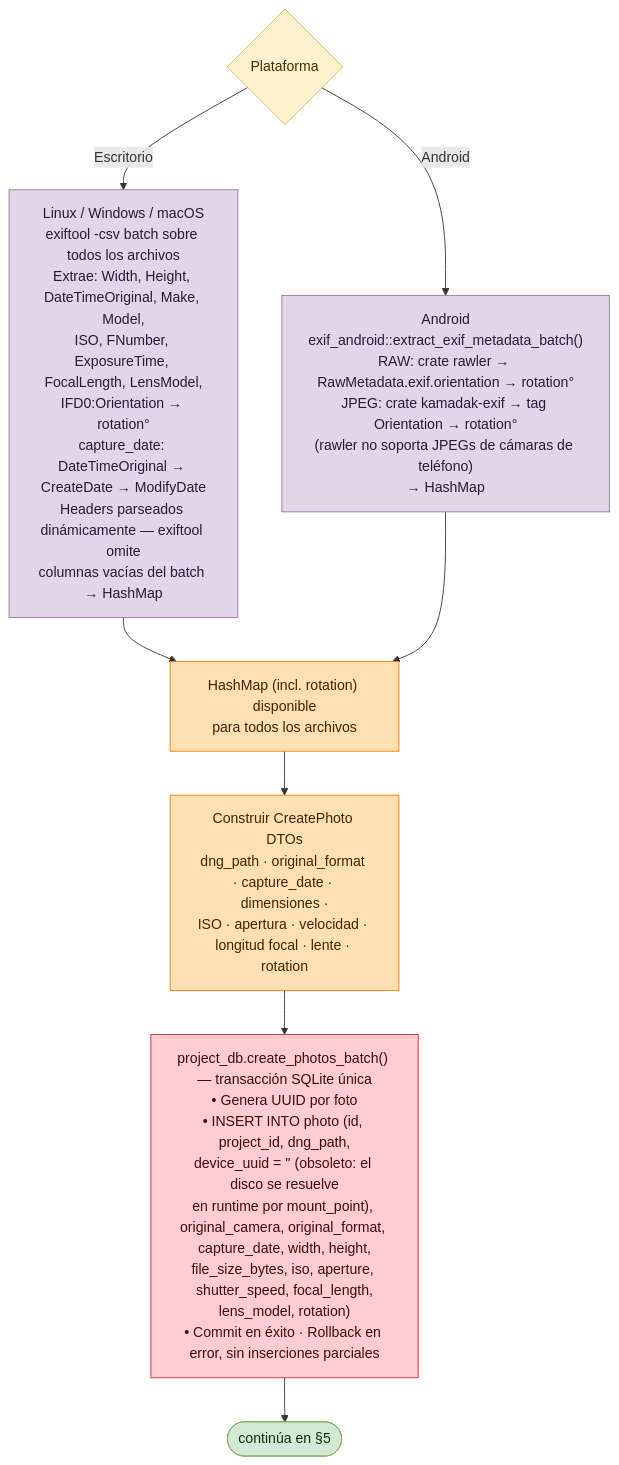
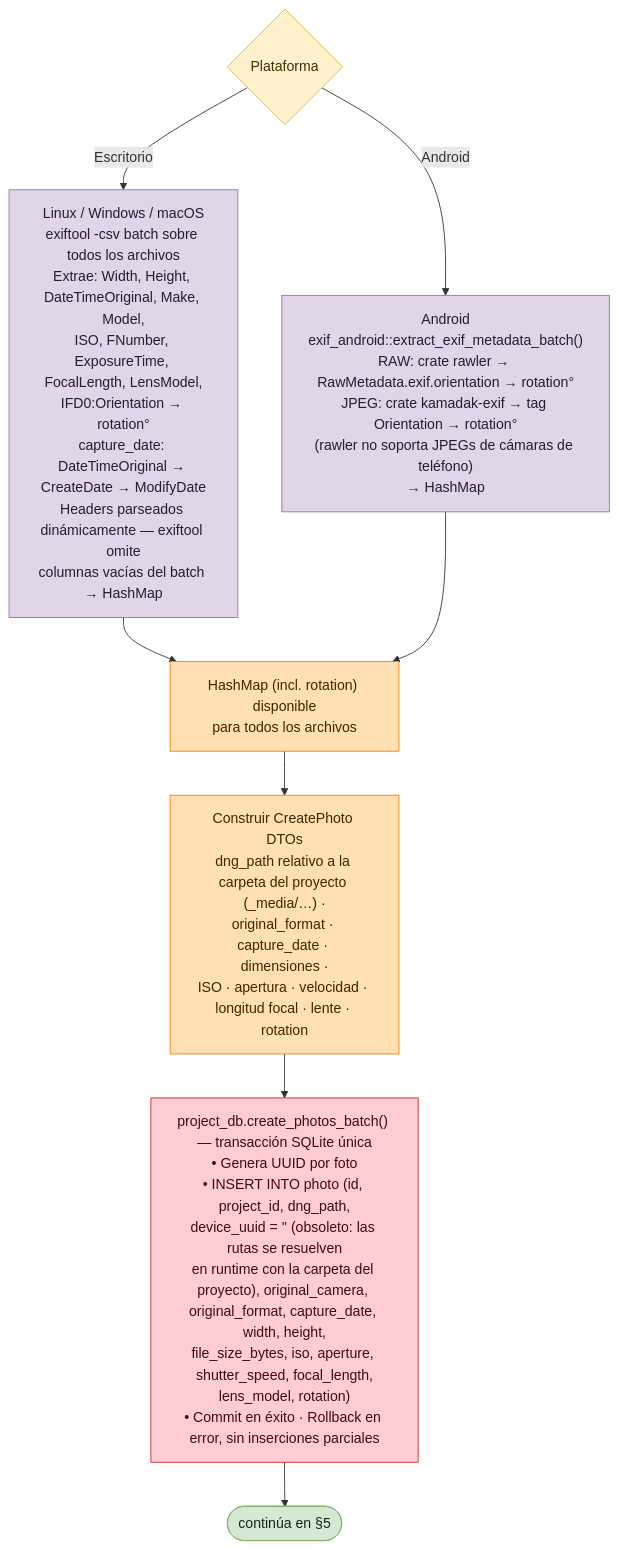
Before and after one commit to everitosan/lumik: the fifth of 7 diagrams in docs/useCases/flujo-importar-imagenes.md, drawn with Mermaid. The commit also changed 20 other files, not shown here.

First line of the commit message:
feat(projects): rutas de fotos relativas a la carpeta del proyecto

````diff
--- a/docs/useCases/flujo-importar-imagenes.md
+++ b/docs/useCases/flujo-importar-imagenes.md
@@ -126,25 +126,25 @@
 ```mermaid
 flowchart TD
     plat_q{"Plataforma"}
     exif_desktop["Linux / Windows / macOS<br/>exiftool -csv batch sobre todos los archivos<br/>Extrae: Width, Height, DateTimeOriginal, Make, Model,<br/>ISO, FNumber, ExposureTime, FocalLength, LensModel,<br/>IFD0:Orientation → rotation°<br/>capture_date: DateTimeOriginal → CreateDate → ModifyDate<br/>Headers parseados dinámicamente — exiftool omite<br/>columnas vacías del batch → HashMap"]
     exif_android["Android<br/>exif_android::extract_exif_metadata_batch()<br/>RAW: crate rawler → RawMetadata.exif.orientation → rotation°<br/>JPEG: crate kamadak-exif → tag Orientation → rotation°<br/>(rawler no soporta JPEGs de cámaras de teléfono)<br/>→ HashMap"]
     merge_exif["HashMap (incl. rotation) disponible<br/>para todos los archivos"]
-    dtos["Construir CreatePhoto DTOs<br/>dng_path · original_format · capture_date · dimensiones ·<br/>ISO · apertura · velocidad · longitud focal · lente · rotation"]
-    insert["project_db.create_photos_batch() — transacción SQLite única<br/>• Genera UUID por foto<br/>• INSERT INTO photo (id, project_id, dng_path,<br/>device_uuid = '' (obsoleto: el disco se resuelve<br/>en runtime por mount_point), original_camera, original_format, capture_date, width, height,<br/>file_size_bytes, iso, aperture, shutter_speed, focal_length,<br/>lens_model, rotation)<br/>• Commit en éxito · Rollback en error, sin inserciones parciales"]
+    dtos["Construir CreatePhoto DTOs<br/>dng_path relativo a la carpeta del proyecto (_media/…) ·<br/>original_format · capture_date · dimensiones ·<br/>ISO · apertura · velocidad · longitud focal · lente · rotation"]
+    insert["project_db.create_photos_batch() — transacción SQLite única<br/>• Genera UUID por foto<br/>• INSERT INTO photo (id, project_id, dng_path,<br/>device_uuid = '' (obsoleto: las rutas se resuelven<br/>en runtime con la carpeta del proyecto), original_camera, original_format, capture_date, width, height,<br/>file_size_bytes, iso, aperture, shutter_speed, focal_length,<br/>lens_model, rotation)<br/>• Commit en éxito · Rollback en error, sin inserciones parciales"]
     next(["continúa en §5"])
 
     plat_q -->|Escritorio| exif_desktop --> merge_exif
     plat_q -->|Android| exif_android --> merge_exif
     merge_exif --> dtos --> insert --> next
 
     classDef term fill:#d5e8d4,stroke:#82b366,color:#102a12
     classDef be fill:#ffe0b2,stroke:#f57c00,color:#3d2600
     classDef db fill:#ffcdd2,stroke:#c62828,color:#3d0d0d
     classDef plat fill:#e1d5e7,stroke:#9673a6,color:#2a1a33
     classDef dec fill:#fff2cc,stroke:#d6b656,color:#3d3100
     class next term
     class merge_exif,dtos be
     class insert db
     class exif_desktop,exif_android plat
     class plat_q dec
 ```
````
